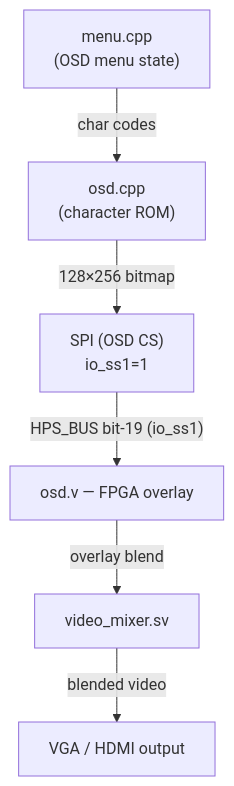
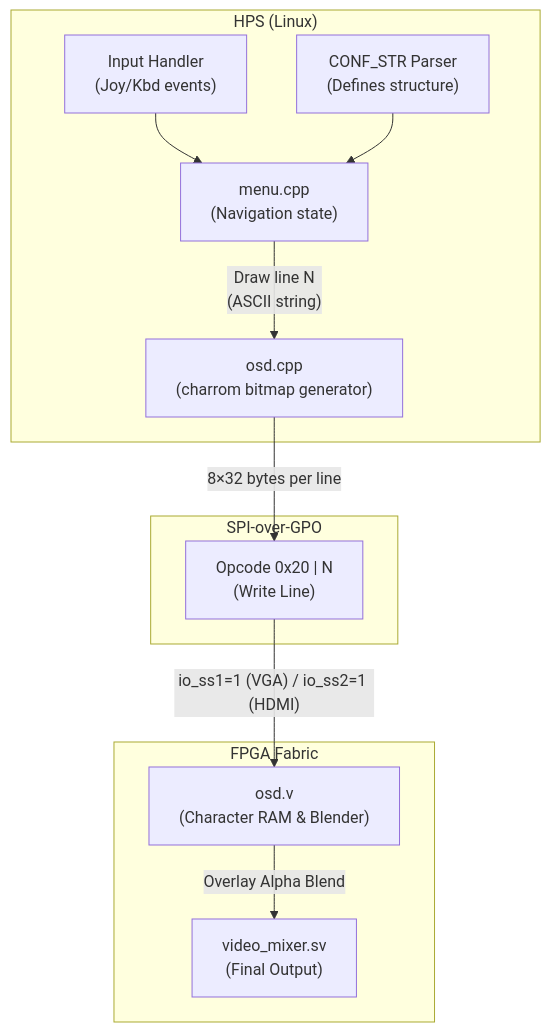
The diagram in 05_configuration/osd.md (alfishe/mister-bootcamp), drawn with Mermaid before and after one commit. The commit also changed other lines of this file and 18 other files, not shown here.

````diff
--- a/05_configuration/osd.md
+++ b/05_configuration/osd.md
@@ -16,8 +15,26 @@
 ```mermaid
 flowchart TD
-    menu["menu.cpp\n(OSD menu state)"] -->|char codes| osd_cpp["osd.cpp\n(character ROM)"]
-    osd_cpp -->|128×256 bitmap| SPI["SPI (OSD CS)\nio_ss1=1"]
-    SPI -->|"HPS_BUS bit-19 (io_ss1)"| osd_v["osd.v — FPGA overlay"]
-    osd_v -->|overlay blend| vmix["video_mixer.sv"]
-    vmix -->|blended video| output["VGA / HDMI output"]
+    subgraph HPS["HPS (Linux)"]
+        CONF["CONF_STR Parser\n(Defines structure)"]
+        INPUT["Input Handler\n(Joy/Kbd events)"]
+        MENU["menu.cpp\n(Navigation state)"]
+        OSD_CPP["osd.cpp\n(charrom bitmap generator)"]
+        
+        INPUT --> MENU
+        CONF --> MENU
+        MENU -->|"Draw line N\n(ASCII string)"| OSD_CPP
+    end
+
+    subgraph SPI["SPI-over-GPO"]
+        CMD["Opcode 0x20 | N\n(Write Line)"]
+    end
+
+    subgraph FPGA["FPGA Fabric"]
+        OSD_V["osd.v\n(Character RAM & Blender)"]
+        VMIX["video_mixer.sv\n(Final Output)"]
+    end
+
+    OSD_CPP -->|"8×32 bytes per line"| CMD
+    CMD -->|"io_ss1=1 (VGA) / io_ss2=1 (HDMI)"| OSD_V
+    OSD_V -->|Overlay Alpha Blend| VMIX
 ```
````
